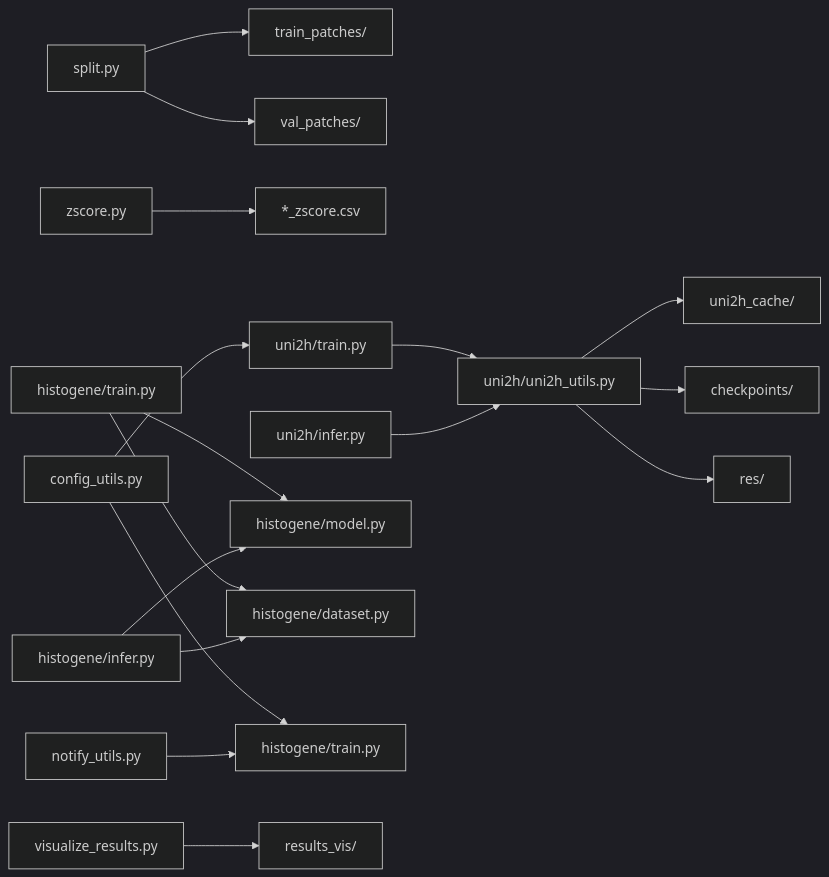
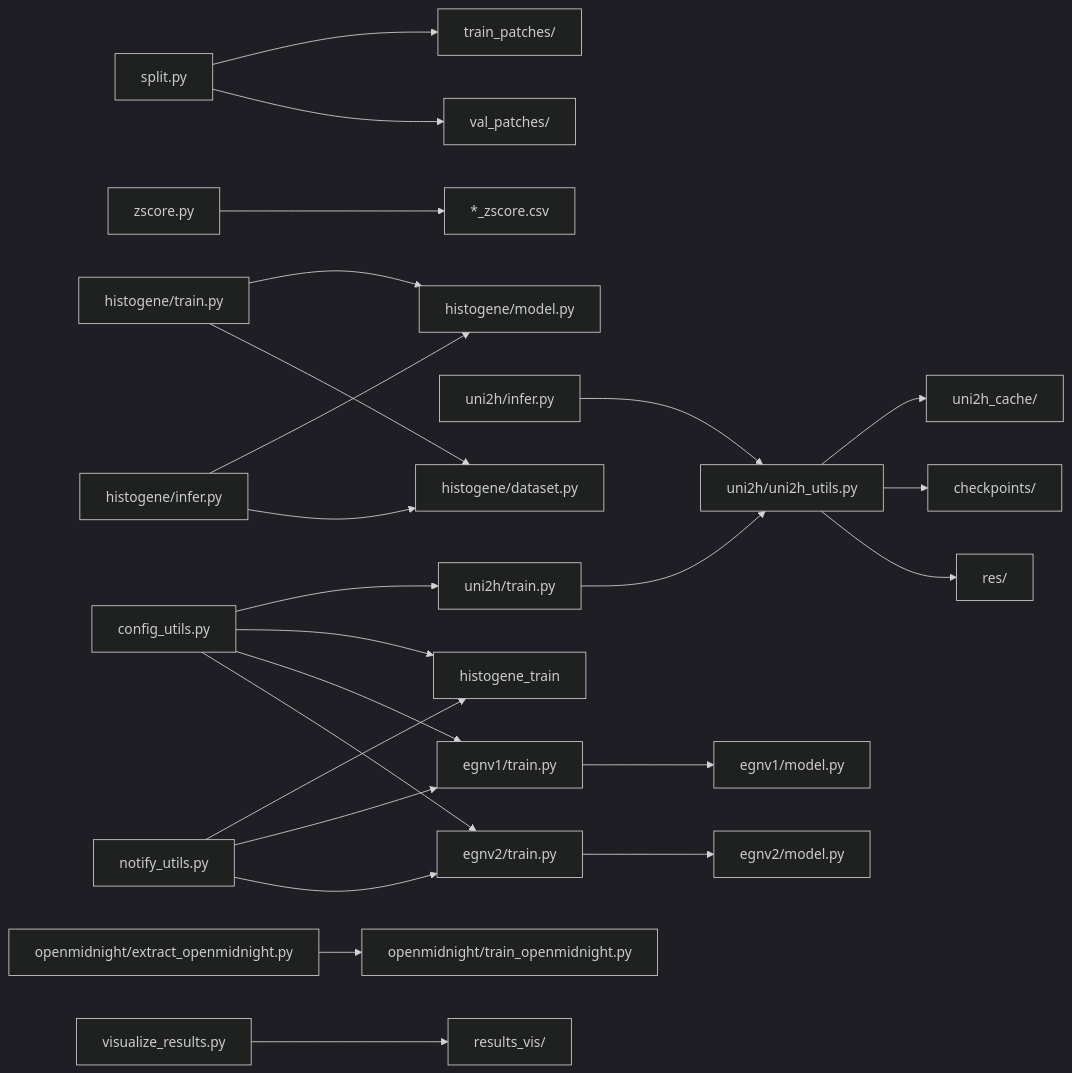
Diagram 11 of 11 in .qoder/repowiki/zh/content/部署与配置/部署与配置.md (qzs610038-star/AI-esophagus-cancer-basedon-HF-HT), drawn with Mermaid (dark theme) before and after one commit. The commit also changed other lines of this file and 146 other files, not shown here.

````diff
--- a/.qoder/repowiki/zh/content/部署与配置/部署与配置.md
+++ b/.qoder/repowiki/zh/content/部署与配置/部署与配置.md
@@ -453,19 +700,26 @@
 ```mermaid
 graph LR
 split_py["split.py"] --> train_patches["train_patches/"]
 split_py --> val_patches["val_patches/"]
 zscore_py["zscore.py"] --> zscore_csv["*_zscore.csv"]
 train_py["uni2h/train.py"] --> utils["uni2h/uni2h_utils.py"]
 infer_py["uni2h/infer.py"] --> utils
 utils --> cache["uni2h_cache/"]
 utils --> ckpt["checkpoints/"]
 utils --> res["res/"]
 histo_train["histogene/train.py"] --> histo_model["histogene/model.py"]
 histo_train --> histo_dataset["histogene/dataset.py"]
 histo_infer["histogene/infer.py"] --> histo_model
 histo_infer --> histo_dataset
+egnv1_train["egnv1/train.py"] --> egnv1_model["egnv1/model.py"]
+egnv2_train["egnv2/train.py"] --> egnv2_model["egnv2/model.py"]
+openmidnight_extract["openmidnight/extract_openmidnight.py"] --> openmidnight_train["openmidnight/train_openmidnight.py"]
 config_utils["config_utils.py"] --> train_py
-config_utils --> histogene_train["histogene/train.py"]
+config_utils --> histogene_train
+config_utils --> egnv1_train
+config_utils --> egnv2_train
 notify_utils["notify_utils.py"] --> histogene_train
+notify_utils --> egnv1_train
+notify_utils --> egnv2_train
 visualize_results["visualize_results.py"] --> res_vis["results_vis/"]
 ```
````
